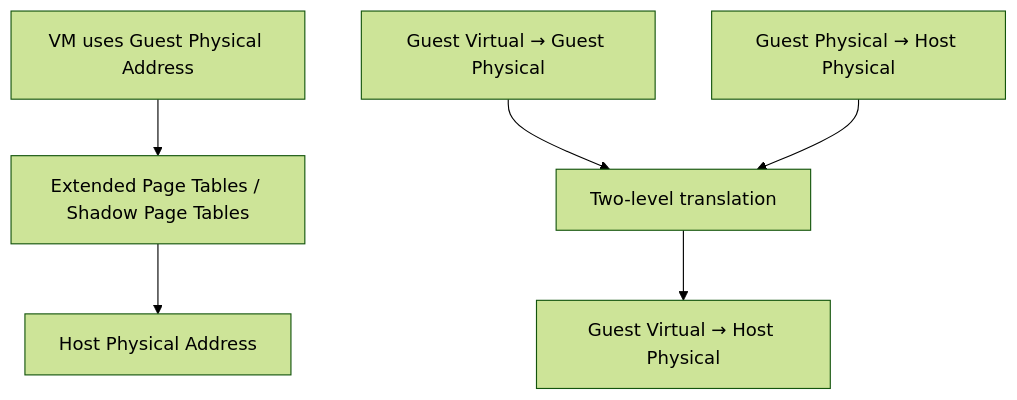
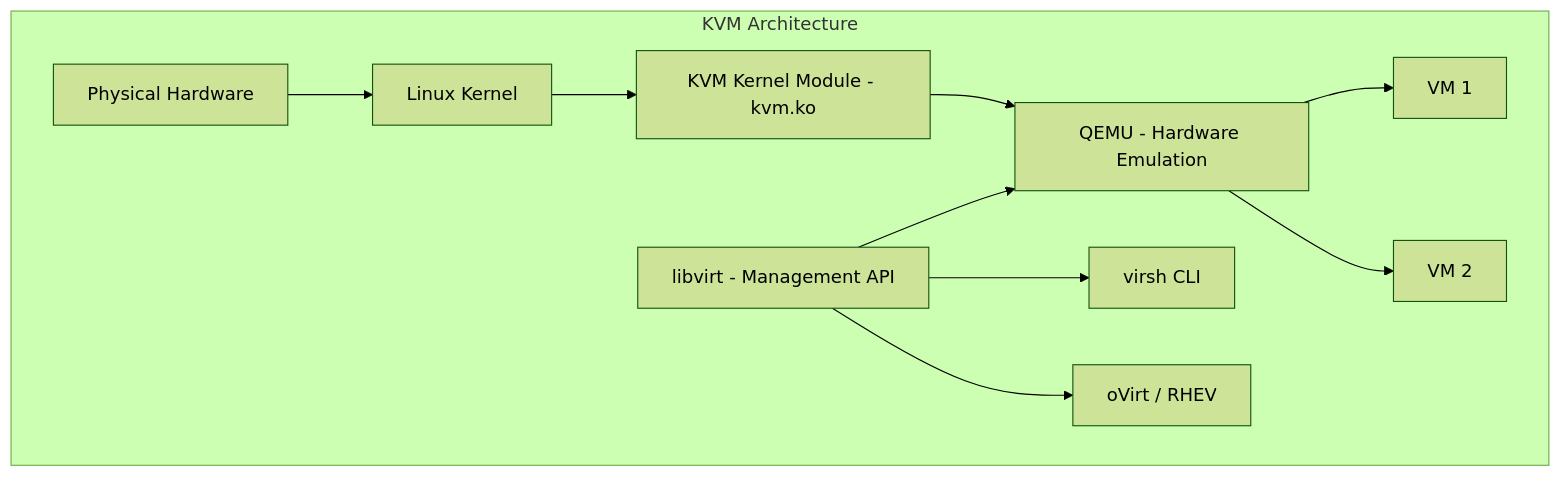
One commit to vanos001/placement_prep changed the third of 6 diagrams in src/cloud/virtualization/hypervisors.md. Above: the diagram before and after it, drawn with Mermaid (forest theme). The commit also changed other lines of this file and 6 other files, not shown here.

````diff
--- a/src/cloud/virtualization/hypervisors.md
+++ b/src/cloud/virtualization/hypervisors.md
@@ -68,9 +113,19 @@
 ```mermaid
-graph TD
-    VM[VM uses Guest Physical Address] --> EPT[Extended Page Tables / Shadow Page Tables]
-    EPT --> HOST[Host Physical Address]
+graph TB
+    subgraph "KVM Architecture"
+        HW[Physical Hardware]
+        KERN[Linux Kernel]
+        KMOD[KVM Kernel Module - kvm.ko]
+        QEMU[QEMU - Hardware Emulation]
+        LIBV[libvirt - Management API]
 
-    GUEST[Guest Virtual → Guest Physical] --> TWO[Two-level translation]
-    HOST2[Guest Physical → Host Physical] --> TWO
-    TWO --> FINAL[Guest Virtual → Host Physical]
+        HW --> KERN
+        KERN --> KMOD
+        KMOD --> QEMU
+        QEMU --> VM1[VM 1]
+        QEMU --> VM2[VM 2]
+        LIBV --> QEMU
+        LIBV --> VIRSH[virsh CLI]
+        LIBV --> OVIRT[oVirt / RHEV]
+    end
 ```
````
